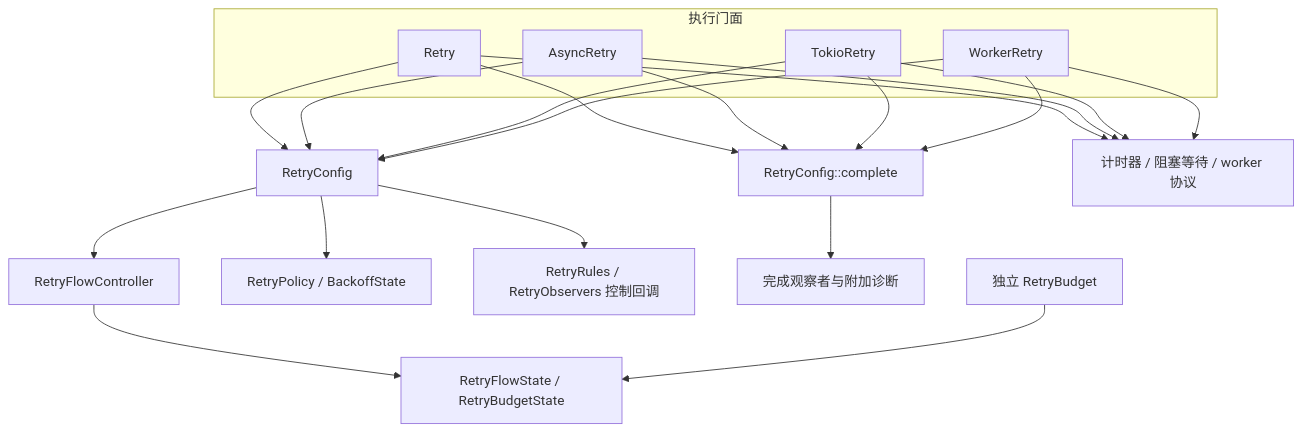
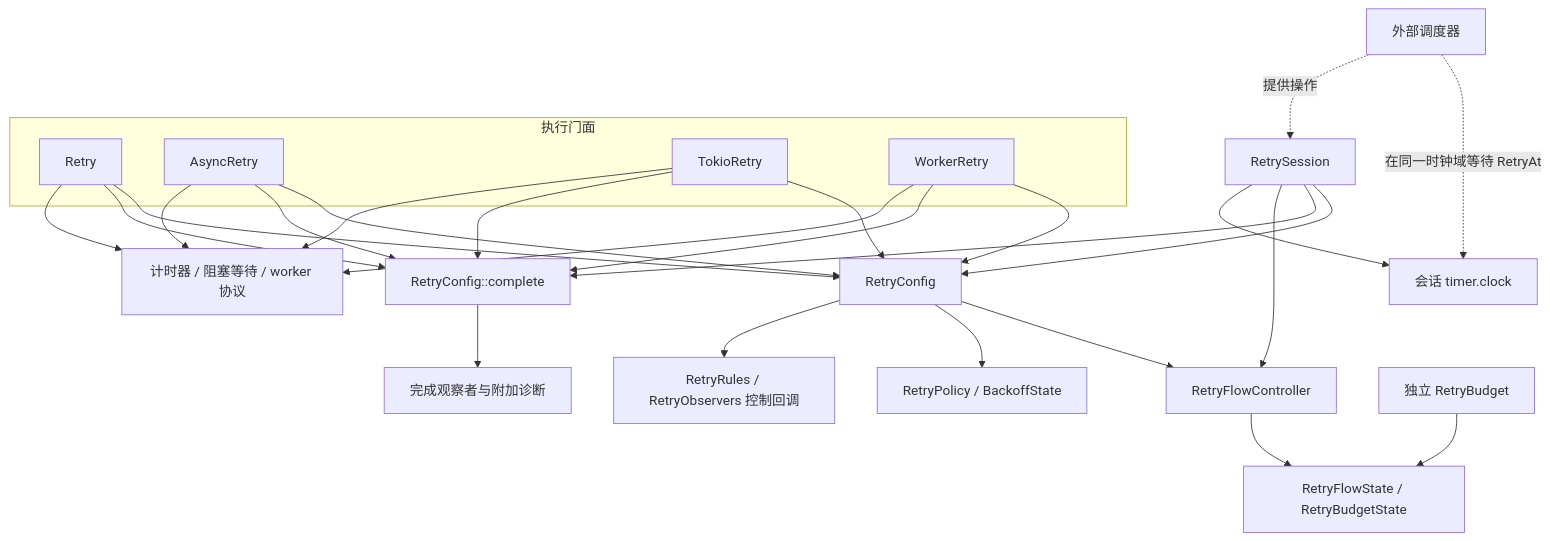
The diagram in doc/design.zh_CN.md (qubit-ltd/rs-retry), drawn with Mermaid before and after one commit. The commit also changed other lines of this file and 3 other files, not shown here.

````diff
--- a/doc/design.zh_CN.md
+++ b/doc/design.zh_CN.md
@@ -12,27 +12,34 @@
 ```mermaid
 flowchart TD
     subgraph executors [执行门面]
         F1[Retry]
         F2[AsyncRetry]
         F3[TokioRetry]
         F4[WorkerRetry]
     end
+    SESS[RetrySession]
     F1 --> CFG[RetryConfig]
     F2 --> CFG
     F3 --> CFG
     F4 --> CFG
+    SESS --> CFG
     CFG --> C[RetryFlowController]
     C --> S[RetryFlowState / RetryBudgetState]
     CFG --> P[RetryPolicy / BackoffState]
     CFG --> O[RetryRules / RetryObservers 控制回调]
     F1 --> R[RetryConfig::complete]
     F2 --> R
     F3 --> R
     F4 --> R
+    SESS --> R
     R --> D[完成观察者与附加诊断]
     F1 --> W[计时器 / 阻塞等待 / worker 协议]
     F2 --> W
     F3 --> W
     F4 --> W
+    SESS --> C
+    SESS --> TC[会话 timer.clock]
+    ES[外部调度器] -. "在同一时钟域等待 RetryAt" .-> TC
+    ES -. "提供操作" .-> SESS
     B[独立 RetryBudget] --> S
 ```
````
